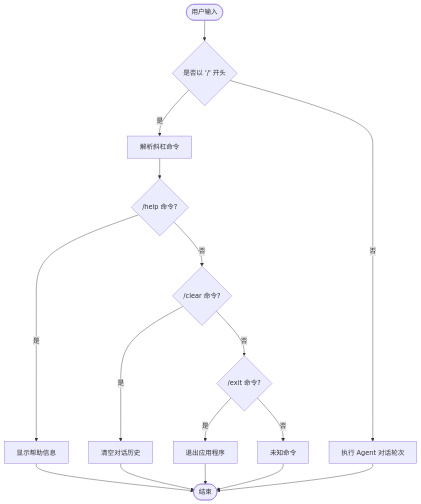
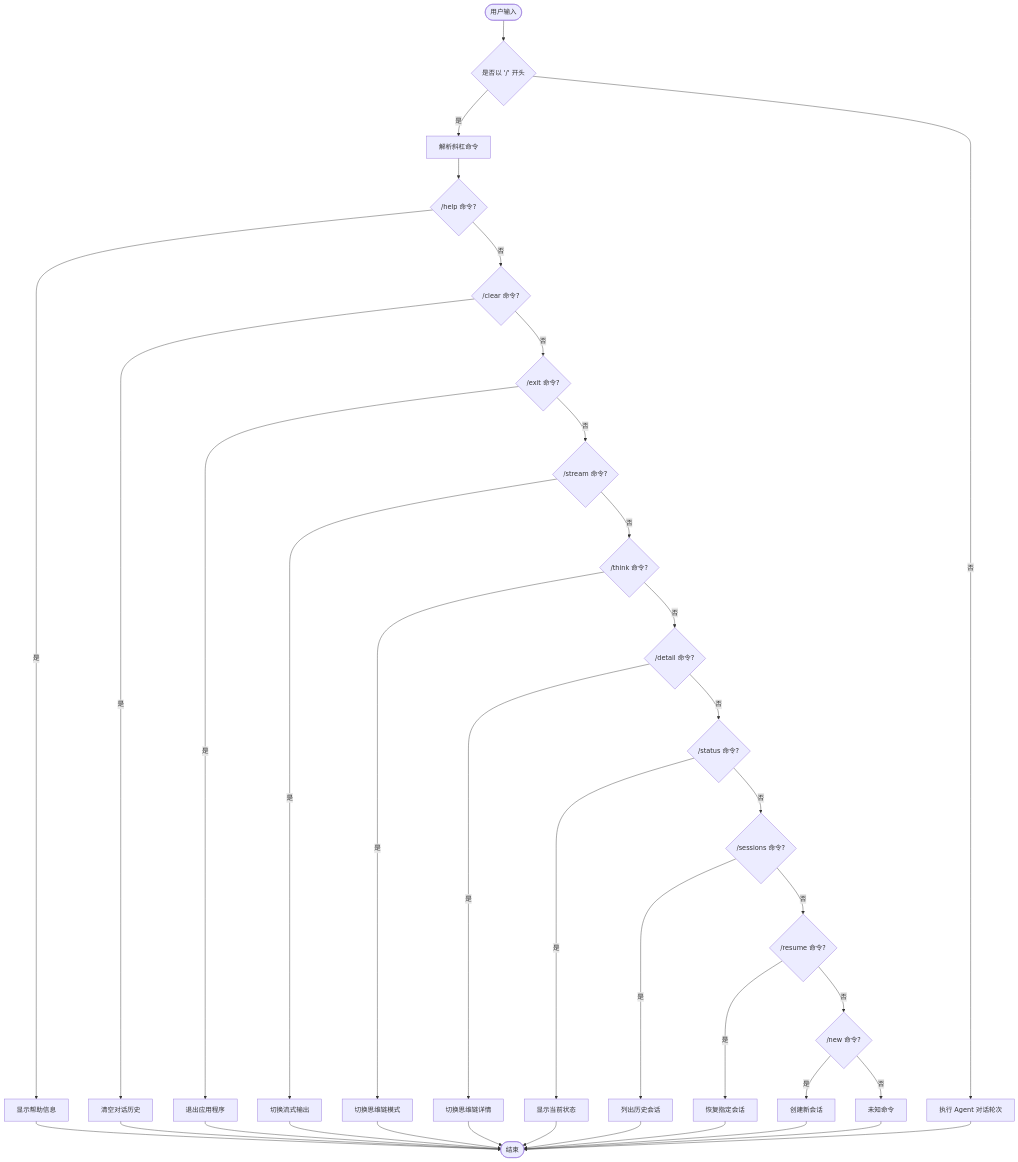
The seventh of 9 diagrams in .qoder/repowiki/zh/content/项目概述.md (250shiwo/MySmallAgent), drawn with Mermaid before and after one commit. The commit also changed other lines of this file and 41 other files, not shown here.

````diff
--- a/.qoder/repowiki/zh/content/项目概述.md
+++ b/.qoder/repowiki/zh/content/项目概述.md
@@ -322,18 +377,39 @@
 ```mermaid
 flowchart TD
 Start([用户输入]) --> CheckSlash{"是否以 '/' 开头"}
 CheckSlash --> |是| SlashCmd["解析斜杠命令"]
 CheckSlash --> |否| AgentTurn["执行 Agent 对话轮次"]
 SlashCmd --> HelpCmd{"/help 命令?"}
 HelpCmd --> |是| ShowHelp["显示帮助信息"]
 HelpCmd --> |否| ClearCmd{"/clear 命令?"}
 ClearCmd --> |是| ClearHistory["清空对话历史"]
 ClearCmd --> |否| ExitCmd{"/exit 命令?"}
 ExitCmd --> |是| ExitApp["退出应用程序"]
-ExitCmd --> |否| UnknownCmd["未知命令"]
+ExitCmd --> |否| StreamCmd{"/stream 命令?"}
+StreamCmd --> |是| ToggleStream["切换流式输出"]
+StreamCmd --> |否| ThinkCmd{"/think 命令?"}
+ThinkCmd --> |是| ToggleThink["切换思维链模式"]
+ThinkCmd --> |否| DetailCmd{"/detail 命令?"}
+DetailCmd --> |是| ToggleDetail["切换思维链详情"]
+DetailCmd --> |否| StatusCmd{"/status 命令?"}
+StatusCmd --> |是| ShowStatus["显示当前状态"]
+StatusCmd --> |否| SessionsCmd{"/sessions 命令?"}
+SessionsCmd --> |是| ListSessions["列出历史会话"]
+SessionsCmd --> |否| ResumeCmd{"/resume 命令?"}
+ResumeCmd --> |是| ResumeSession["恢复指定会话"]
+ResumeCmd --> |否| NewCmd{"/new 命令?"}
+NewCmd --> |是| NewSession["创建新会话"]
+NewCmd --> |否| UnknownCmd["未知命令"]
 ShowHelp --> End([结束])
 ClearHistory --> End
 ExitApp --> End
+ToggleStream --> End
+ToggleThink --> End
+ToggleDetail --> End
+ShowStatus --> End
+ListSessions --> End
+ResumeSession --> End
+NewSession --> End
 UnknownCmd --> End
 AgentTurn --> End
 ```
````
